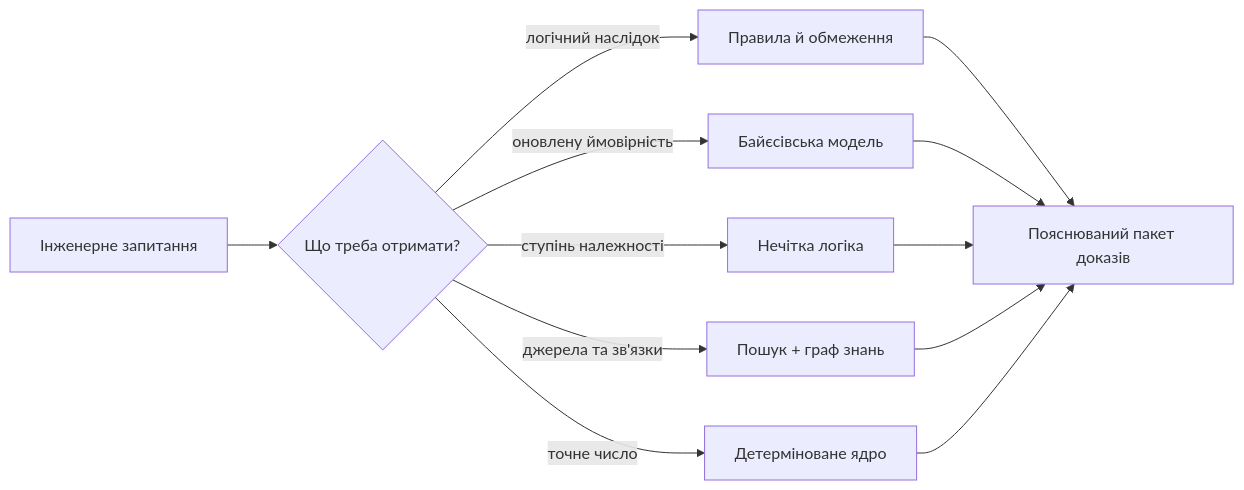
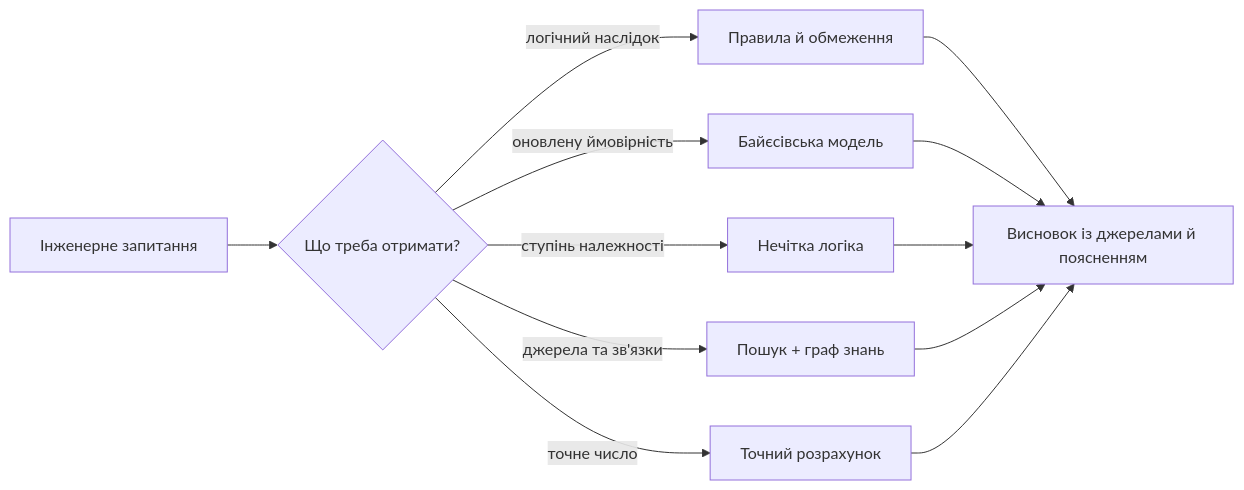
The first of 3 diagrams in ExpertSystem/02-Expert-Systems-Evolution-Evidence-UA.md (nick-fedchik/articles), drawn with Mermaid before and after one commit. The commit also changed other lines of this file, not shown here.

````diff
--- a/ExpertSystem/02-Expert-Systems-Evolution-Evidence-UA.md
+++ b/ExpertSystem/02-Expert-Systems-Evolution-Evidence-UA.md
@@ -44,17 +84,17 @@
 ```mermaid
 flowchart LR
     accTitle: Вибір механізму міркування за типом запитання
     accDescr: Факти спрямовуються до правил, невизначені сигнали до ймовірнісної моделі, розмиті поняття до нечіткої логіки, джерела до пошуку й графа, а точні обчислення до детермінованого ядра.
 
     Q["Інженерне запитання"] --> T{"Що треба отримати?"}
     T -->|"логічний наслідок"| R["Правила й обмеження"]
     T -->|"оновлену ймовірність"| B["Байєсівська модель"]
     T -->|"ступінь належності"| F["Нечітка логіка"]
     T -->|"джерела та зв'язки"| G["Пошук + граф знань"]
-    T -->|"точне число"| D["Детерміноване ядро"]
-    R --> P["Пояснюваний пакет доказів"]
+    T -->|"точне число"| D["Точний розрахунок"]
+    R --> P["Висновок із джерелами й поясненням"]
     B --> P
     F --> P
     G --> P
     D --> P
 ```
````
